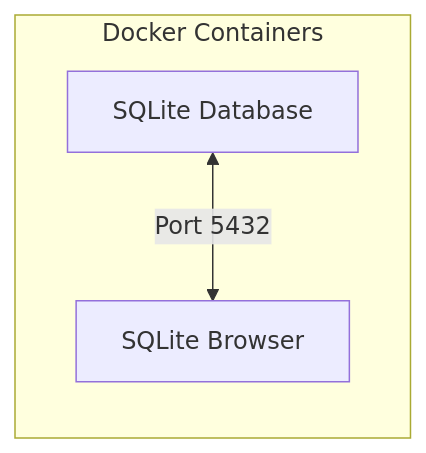
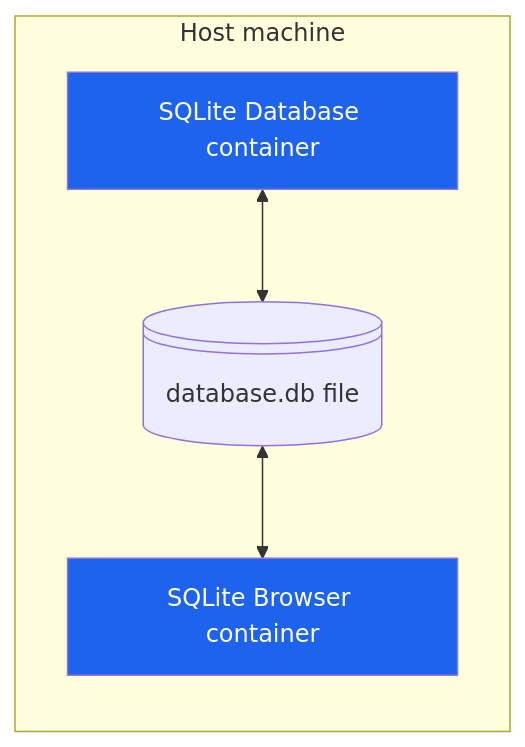
Before and after one commit to CarlosSanabriaM/docker-sqlite: the diagram in README.md, drawn with Mermaid. The commit also changed other lines of this file and 1 other file, not shown here.

Commit message:
feat: enhance README with improved structure, diagram and SVG logo

````diff
--- a/README.md
+++ b/README.md
@@ -14,8 +19,12 @@
 ```mermaid
 graph LR
-    subgraph Docker Containers
-        sqliteDB[SQLite Database]
-        sqliteBrowser[SQLite Browser]
+    subgraph Host machine
+        sqliteDB[SQLite Database container]:::dockerContainer
+        sqliteDatabaseFile@{ shape: lin-cyl, label: "database.db file" }
+        sqliteBrowser[SQLite Browser container]:::dockerContainer
     end
-    sqliteDB <-->|Port 5432| sqliteBrowser
+    
+    sqliteDB <--> sqliteDatabaseFile <--> sqliteBrowser
+
+    classDef dockerContainer fill:#1D63ED,color:#fff
 ```
````
